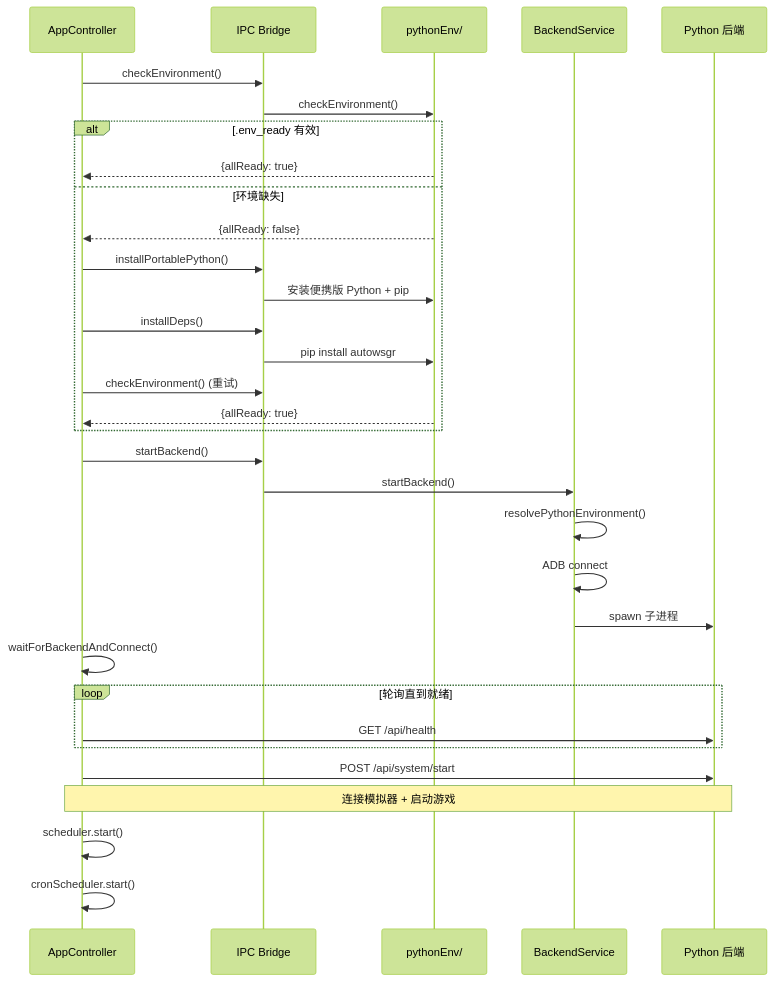
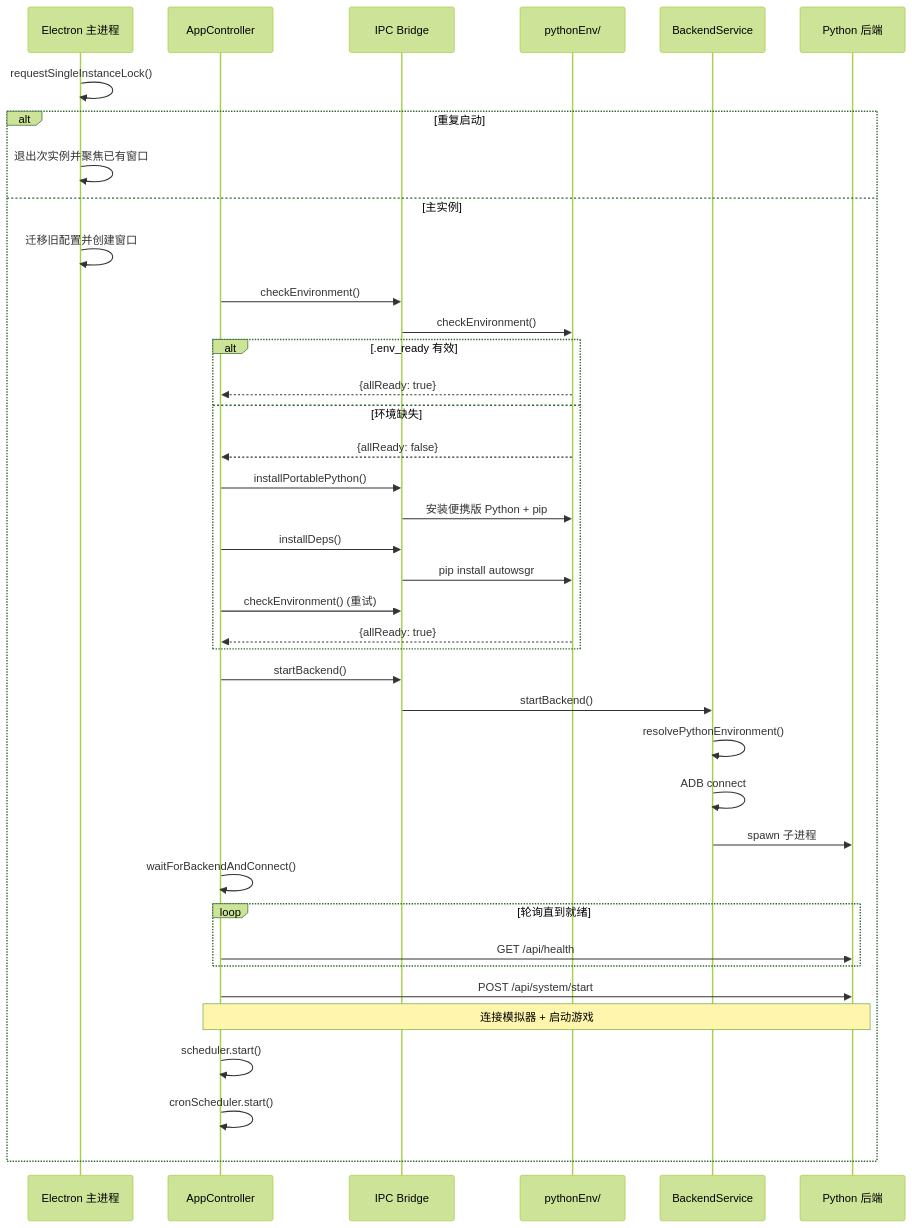
One commit to ShiinaKuroko/AutoWSGR-GUI changed the fifth of 5 diagrams in docs/architecture/07-environment-management.md. Above: the diagram before and after it, drawn with Mermaid (forest theme). The commit also changed other lines of this file and 115 other files, not shown here.

````diff
--- a/docs/architecture/07-environment-management.md
+++ b/docs/architecture/07-environment-management.md
@@ -283,40 +286,47 @@
 ```mermaid
 sequenceDiagram
+  participant Main as Electron 主进程
   participant App as AppController
   participant IPC as IPC Bridge
   participant PyEnv as pythonEnv/
   participant Back as BackendService
   participant Py as Python 后端
 
-  App->>IPC: checkEnvironment()
-  IPC->>PyEnv: checkEnvironment()
-  
-  alt .env_ready 有效
-    PyEnv-->>App: {allReady: true}
-  else 环境缺失
-    PyEnv-->>App: {allReady: false}
-    App->>IPC: installPortablePython()
-    IPC->>PyEnv: 安装便携版 Python + pip
-    App->>IPC: installDeps()
-    IPC->>PyEnv: pip install autowsgr
-    App->>IPC: checkEnvironment() (重试)
-    PyEnv-->>App: {allReady: true}
+  Main->>Main: requestSingleInstanceLock()
+  alt 重复启动
+    Main->>Main: 退出次实例并聚焦已有窗口
+  else 主实例
+    Main->>Main: 迁移旧配置并创建窗口
+    App->>IPC: checkEnvironment()
+    IPC->>PyEnv: checkEnvironment()
+
+    alt .env_ready 有效
+      PyEnv-->>App: {allReady: true}
+    else 环境缺失
+      PyEnv-->>App: {allReady: false}
+      App->>IPC: installPortablePython()
+      IPC->>PyEnv: 安装便携版 Python + pip
+      App->>IPC: installDeps()
+      IPC->>PyEnv: pip install autowsgr
+      App->>IPC: checkEnvironment() (重试)
+      PyEnv-->>App: {allReady: true}
+    end
+
+    App->>IPC: startBackend()
+    IPC->>Back: startBackend()
+    Back->>Back: resolvePythonEnvironment()
+    Back->>Back: ADB connect
+    Back->>Py: spawn 子进程
+
+    App->>App: waitForBackendAndConnect()
+    loop 轮询直到就绪
+      App->>Py: GET /api/health
+    end
+
+    App->>Py: POST /api/system/start
+    Note over App,Py: 连接模拟器 + 启动游戏
+
+    App->>App: scheduler.start()
+    App->>App: cronScheduler.start()
   end
-
-  App->>IPC: startBackend()
-  IPC->>Back: startBackend()
-  Back->>Back: resolvePythonEnvironment()
-  Back->>Back: ADB connect
-  Back->>Py: spawn 子进程
-  
-  App->>App: waitForBackendAndConnect()
-  loop 轮询直到就绪
-    App->>Py: GET /api/health
-  end
-  
-  App->>Py: POST /api/system/start
-  Note over App,Py: 连接模拟器 + 启动游戏
-  
-  App->>App: scheduler.start()
-  App->>App: cronScheduler.start()
 ```
````
